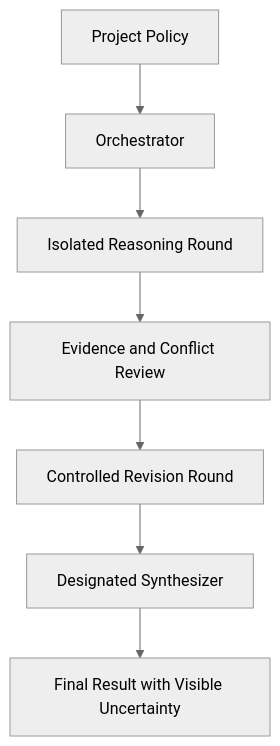
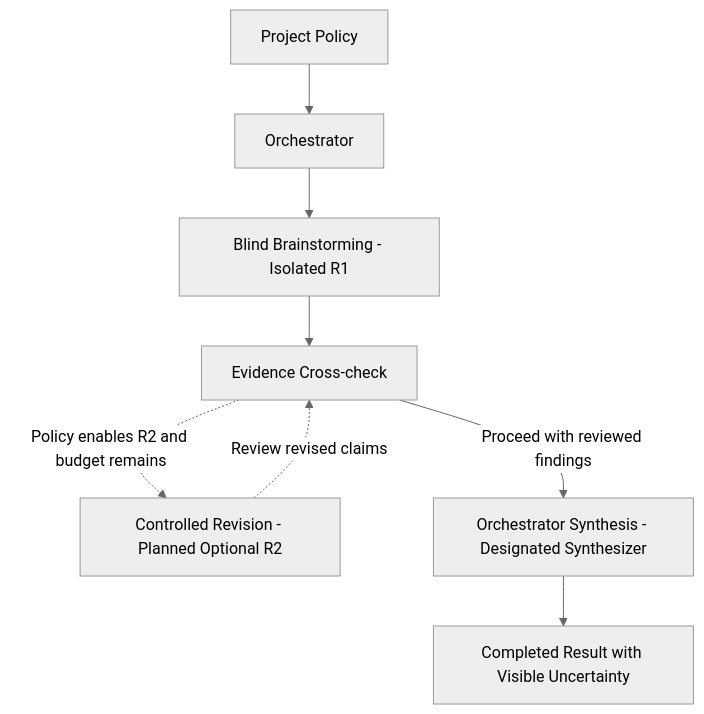
One commit to haiox/Haiox-Orchestrator-Architecture changed the diagram in INTERACTION_MODEL.md. Above: the diagram before and after it, drawn with Mermaid (neutral theme). The commit also changed other lines of this file, not shown here.

Commit message:
docs: define evidence, revision, and terminal-state contracts

````diff
--- a/INTERACTION_MODEL.md
+++ b/INTERACTION_MODEL.md
@@ -11,17 +17,18 @@
 ```mermaid
 flowchart TB
     P[Project Policy]
     O[Orchestrator]
-    R1[Isolated Reasoning Round]
-    E[Evidence and Conflict Review]
-    R2[Controlled Revision Round]
-    S[Designated Synthesizer]
-    F[Final Result with Visible Uncertainty]
+    R1[Blind Brainstorming - Isolated R1]
+    E[Evidence Cross-check]
+    R2[Controlled Revision - Planned Optional R2]
+    S[Orchestrator Synthesis - Designated Synthesizer]
+    F[Completed Result with Visible Uncertainty]
 
     P --> O
     O --> R1
     R1 --> E
-    E --> R2
-    R2 --> S
+    E -->|Proceed with reviewed findings| S
+    E -.->|Policy enables R2 and budget remains| R2
+    R2 -.->|Review revised claims| E
     S --> F
 ```
````
